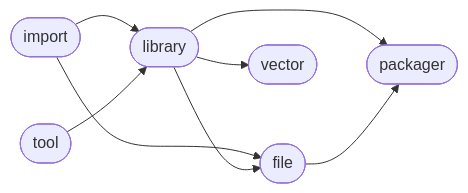
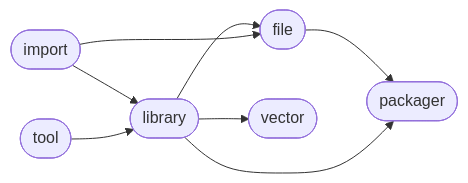
Before and after one commit to Mandera/Mandera: the diagram in README.md, drawn with Mermaid. The commit also changed other lines of this file, not shown here.

````diff
--- a/README.md
+++ b/README.md
@@ -7,16 +6,16 @@
 ```mermaid
 flowchart LR
+3([file]) --> 5([packager])
 2([library]) --> 5([packager])
-0([import]) --> 3([file])
-2([library]) --> 4([vector])
+2([library]) --> 3([file])
 0([import]) --> 2([library])
 1([tool]) --> 2([library])
-2([library]) --> 3([file])
-3([file]) --> 5([packager])
+2([library]) --> 4([vector])
+0([import]) --> 3([file])
 click 0 "https://github.com/ManderaGeneral/generalimport"
 click 1 "https://github.com/ManderaGeneral/generaltool"
 click 2 "https://github.com/ManderaGeneral/generallibrary"
 click 3 "https://github.com/ManderaGeneral/generalfile"
 click 4 "https://github.com/ManderaGeneral/generalvector"
 click 5 "https://github.com/ManderaGeneral/generalpackager"
 ```
````
